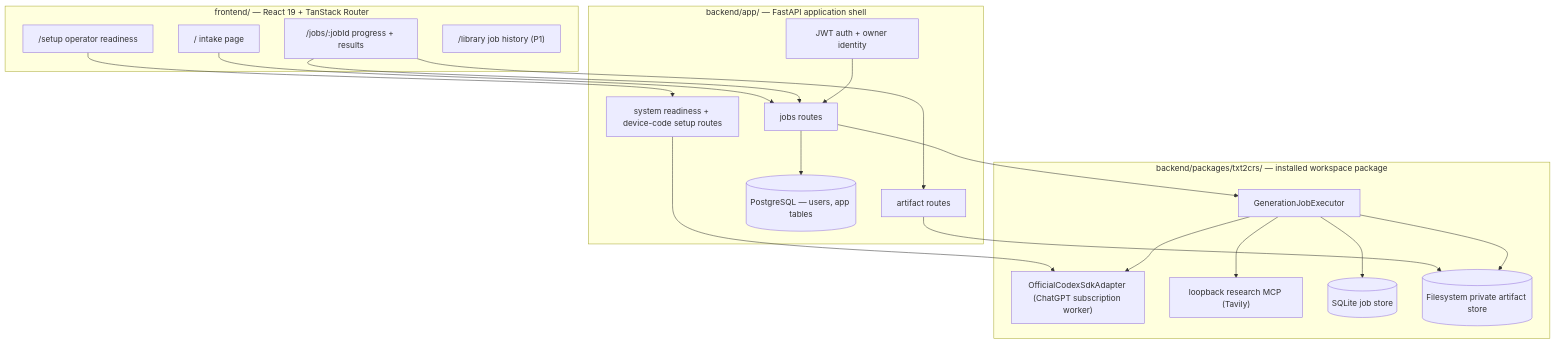
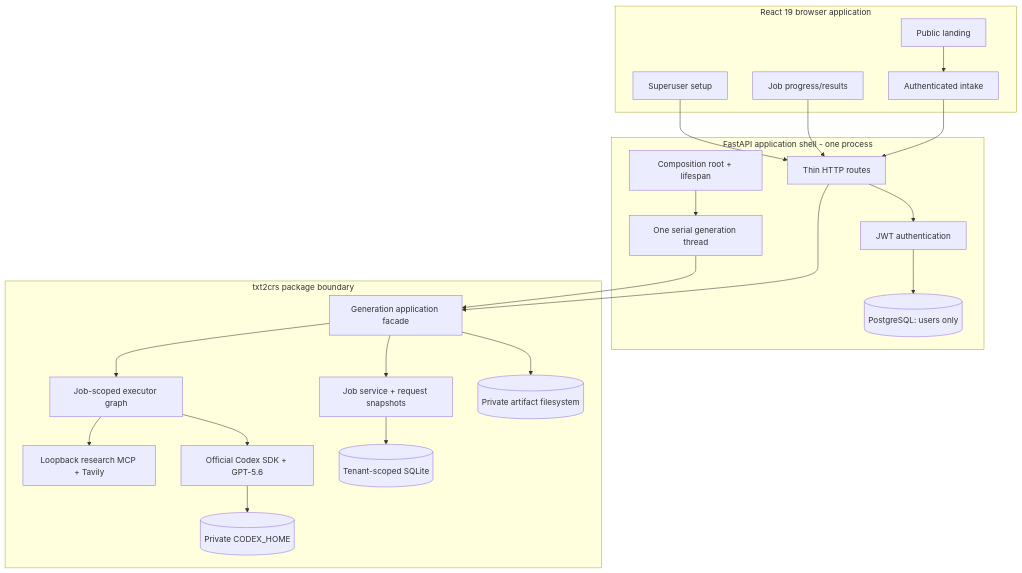
Before and after one commit to moshehbenavraham/txt2crs: the diagram in docs/ongoing-projects/INPUT_TO_COURSE_SYSTEM_PLAN.md, drawn with Mermaid. The commit also changed other lines of this file and 19 other files, not shown here.

````diff
--- a/docs/ongoing-projects/INPUT_TO_COURSE_SYSTEM_PLAN.md
+++ b/docs/ongoing-projects/INPUT_TO_COURSE_SYSTEM_PLAN.md
@@ -67,36 +180,45 @@
 ```mermaid
 flowchart TD
-    subgraph Frontend ["frontend/ — React 19 + TanStack Router"]
-        L["/ intake page"]
-        P["/jobs/:jobId progress + results"]
-        S["/setup operator readiness"]
-        LIB["/library job history (P1)"]
+    subgraph Browser ["React 19 browser application"]
+        LANDING["Public landing"]
+        INTAKE["Authenticated intake"]
+        PROGRESS["Job progress/results"]
+        SETUP["Superuser setup"]
     end
-    subgraph Shell ["backend/app/ — FastAPI application shell"]
-        AUTH["JWT auth + owner identity"]
-        JOBS["jobs routes"]
-        ART["artifact routes"]
-        SYS["system readiness + device-code setup routes"]
-        PG[("PostgreSQL — users, app tables")]
+
+    subgraph Shell ["FastAPI application shell - one process"]
+        AUTH["JWT authentication"]
+        ROUTES["Thin HTTP routes"]
+        LIFESPAN["Composition root + lifespan"]
+        WORKER["One serial generation thread"]
+        PG[("PostgreSQL: users only")]
     end
-    subgraph Engine ["backend/packages/txt2crs/ — installed workspace package"]
-        EXEC["GenerationJobExecutor"]
-        CODEX["OfficialCodexSdkAdapter (ChatGPT subscription worker)"]
-        MCP["loopback research MCP (Tavily)"]
-        SQ[("SQLite job store")]
-        FS[("Filesystem private artifact store")]
+
+    subgraph Engine ["txt2crs package boundary"]
+        APP["Generation application facade"]
+        JOBS["Job service + request snapshots"]
+        EXECUTOR["Job-scoped executor graph"]
+        RESEARCH["Loopback research MCP + Tavily"]
+        CODEX["Official Codex SDK + GPT-5.6"]
+        SQLITE[("Tenant-scoped SQLite")]
+        ARTIFACTS[("Private artifact filesystem")]
+        CODEXHOME[("Private CODEX_HOME")]
     end
-    L --> JOBS
-    P --> JOBS
-    P --> ART
-    S --> SYS
-    AUTH --> JOBS
-    JOBS --> EXEC
-    ART --> FS
-    SYS --> CODEX
-    EXEC --> CODEX
-    EXEC --> MCP
-    EXEC --> SQ
-    EXEC --> FS
-    JOBS --> PG
+
+    LANDING --> INTAKE
+    INTAKE --> ROUTES
+    PROGRESS --> ROUTES
+    SETUP --> ROUTES
+    AUTH --> PG
+    ROUTES --> AUTH
+    ROUTES --> APP
+    LIFESPAN --> WORKER
+    WORKER --> APP
+    APP --> JOBS
+    APP --> EXECUTOR
+    EXECUTOR --> RESEARCH
+    EXECUTOR --> CODEX
+    JOBS --> SQLITE
+    APP --> ARTIFACTS
+    CODEX --> CODEXHOME
 ```
````
